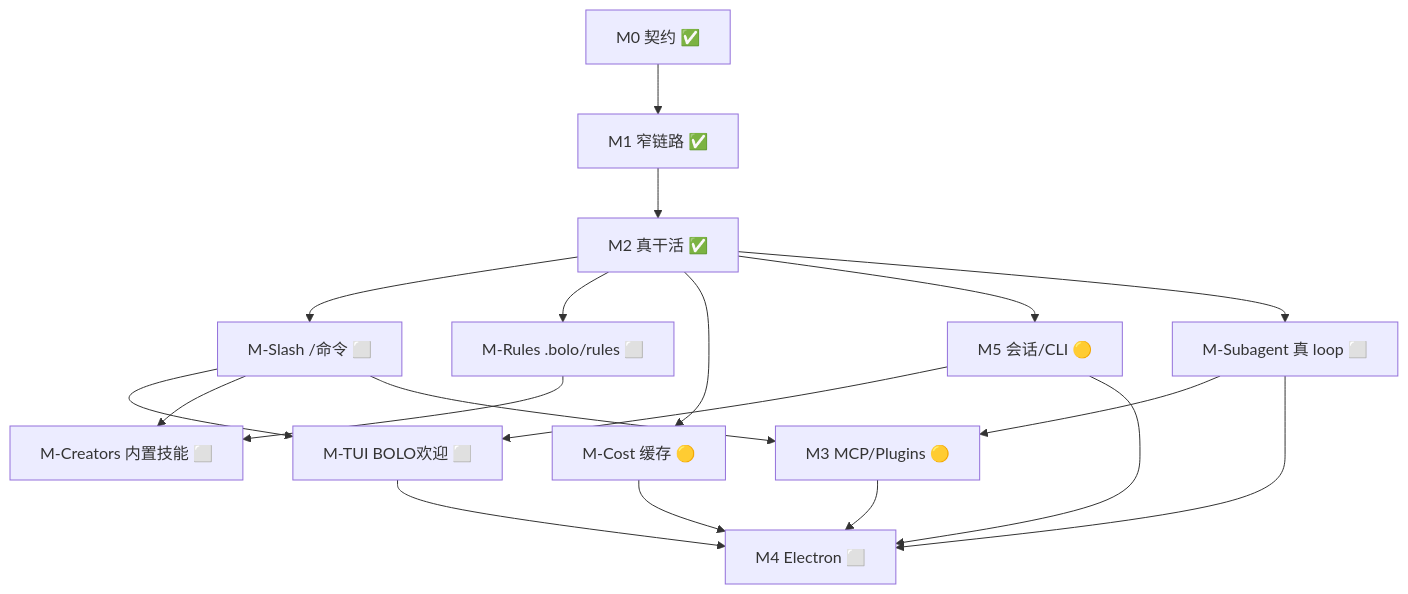
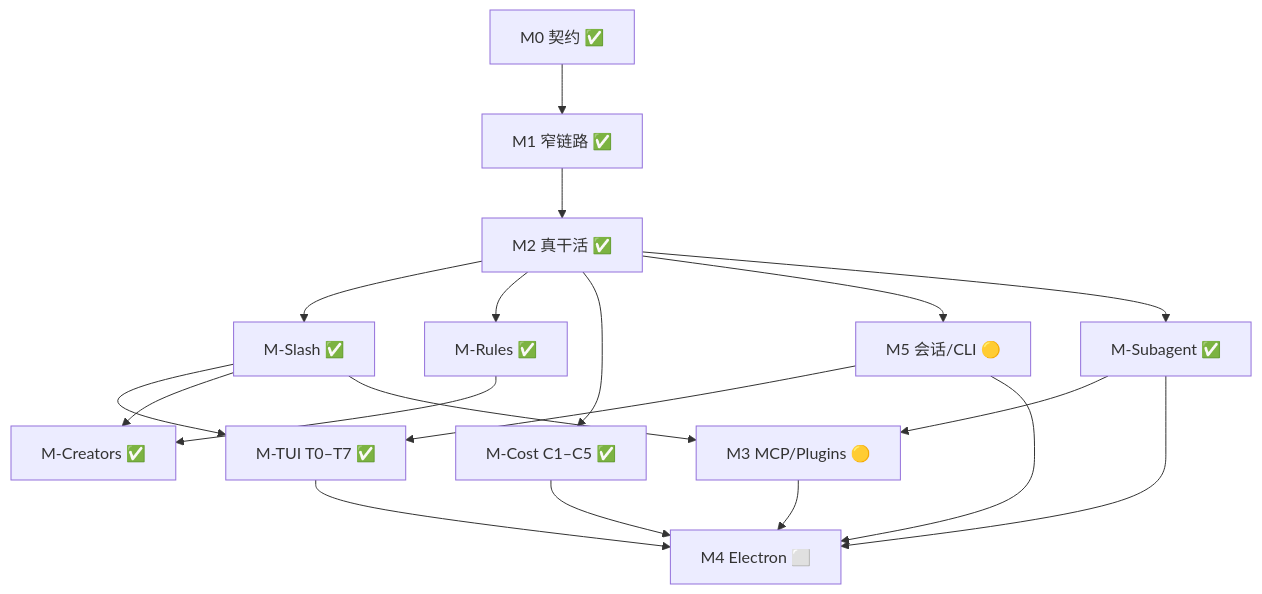
The diagram in docs/ROADMAP.md (TheLostRiver/bolo-code), drawn with Mermaid before and after one commit. The commit also changed other lines of this file and 2 other files, not shown here.

First line of the commit message:
docs: recalibrate ROADMAP/TODO to shipped headless progress

````diff
--- a/docs/ROADMAP.md
+++ b/docs/ROADMAP.md
@@ -445,32 +247,32 @@
 ```mermaid
 flowchart TB
   M0[M0 契约 ✅]
   M1[M1 窄链路 ✅]
   M2[M2 真干活 ✅]
-  MCost[M-Cost 缓存 🟡]
-  MSlash[M-Slash /命令 ⬜]
-  MRules[M-Rules .bolo/rules ⬜]
-  MCreators[M-Creators 内置技能 ⬜]
-  MSub[M-Subagent 真 loop ⬜]
-  MTUI[M-TUI BOLO欢迎 ⬜]
+  MCost[M-Cost C1–C5 ✅]
+  MSlash[M-Slash ✅]
+  MRules[M-Rules ✅]
+  MCreators[M-Creators ✅]
+  MSub[M-Subagent ✅]
+  MTUI[M-TUI T0–T7 ✅]
   M3[M3 MCP/Plugins 🟡]
   M5[M5 会话/CLI 🟡]
   M4[M4 Electron ⬜]
   M0 --> M1 --> M2
   M2 --> MSlash
   M2 --> MRules
   M2 --> MCost
   M2 --> M5
   M2 --> MSub
   M5 --> MTUI
   MSlash --> MTUI
   MSlash --> MCreators
   MRules --> MCreators
   MSlash --> M3
   MSub --> M3
   M3 --> M4
   MTUI --> M4
   M5 --> M4
   MCost --> M4
   MSub --> M4
 ```
````
